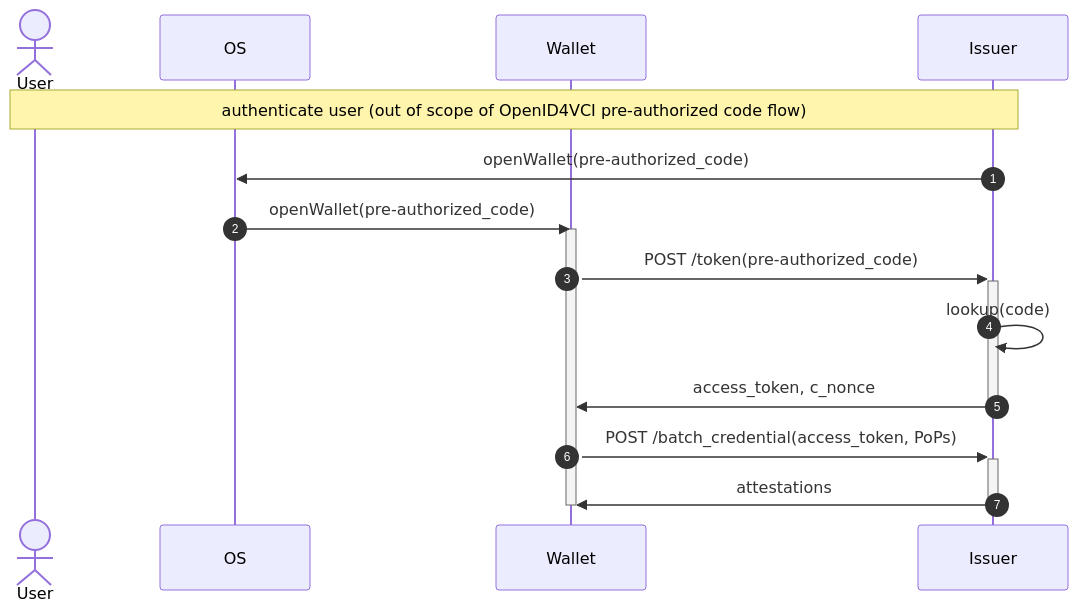
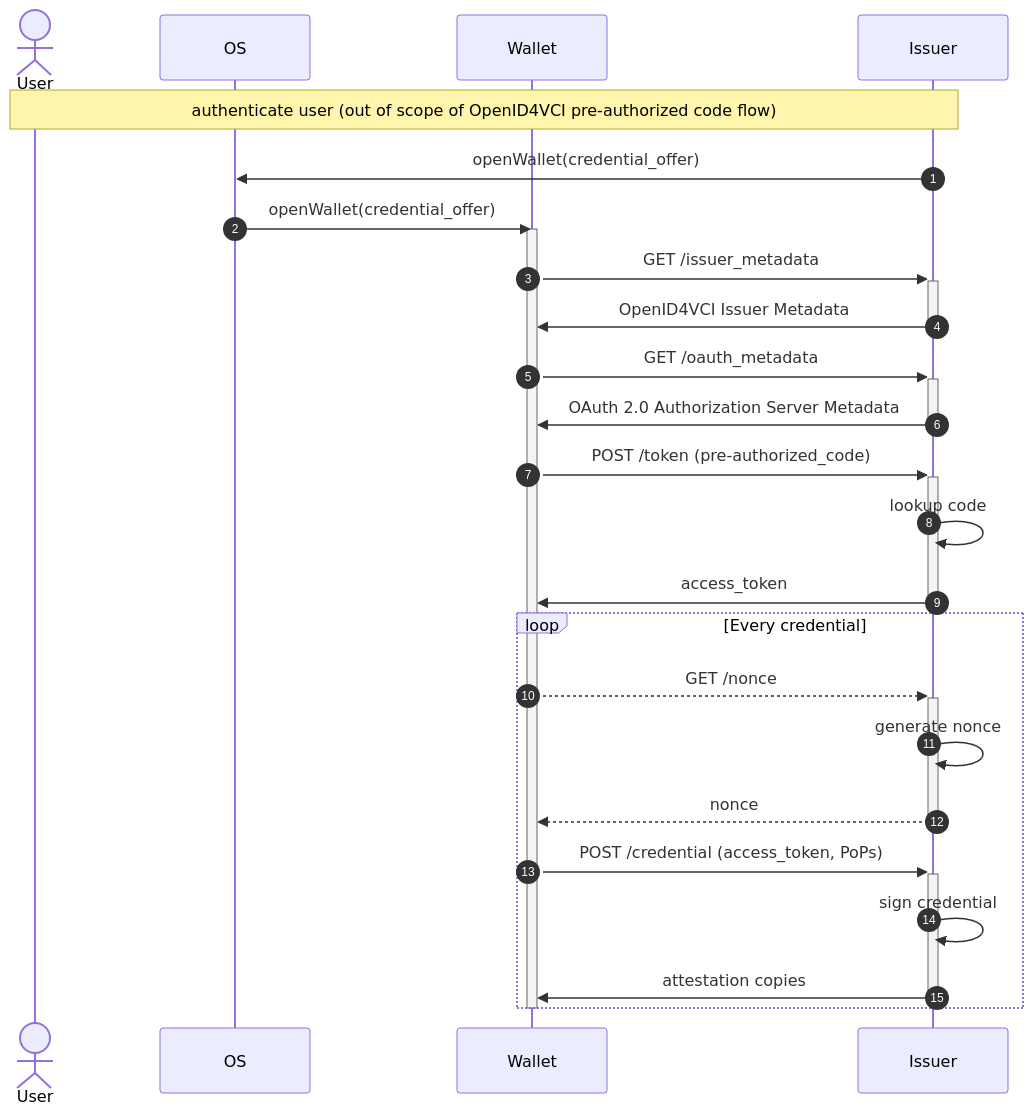
Before and after one commit to MinBZK/nl-wallet: the diagram in wallet_core/lib/openid4vc/documentation/openid4vci.md, drawn with Mermaid. The commit also changed other lines of this file, not shown here.

First line of the commit message:
Update openid4vci.md in openid4vc crate

````diff
--- a/wallet_core/lib/openid4vc/documentation/openid4vci.md
+++ b/wallet_core/lib/openid4vc/documentation/openid4vci.md
@@ -69,20 +80,34 @@
 ```mermaid
 sequenceDiagram
     autonumber
 
     actor User
     participant OS
     participant Wallet
     participant Issuer
 
     note over User, Issuer: authenticate user (out of scope of OpenID4VCI pre-authorized code flow)
-    Issuer->>OS: openWallet(pre-authorized_code)
-    OS->>Wallet: openWallet(pre-authorized_code)
+    Issuer->>OS: openWallet(credential_offer)
+    OS->>Wallet: openWallet(credential_offer)
     activate Wallet
-        Wallet->>+Issuer: POST /token(pre-authorized_code)
-        Issuer->>Issuer: lookup(code)
-        Issuer->>-Wallet: access_token, c_nonce
-        Wallet->>+Issuer: POST /batch_credential(access_token, PoPs)
-        Issuer->>-Wallet: attestations
+        Wallet->>+Issuer: GET /issuer_metadata
+        Issuer->>-Wallet: OpenID4VCI Issuer Metadata
+
+        Wallet->>+Issuer: GET /oauth_metadata
+        Issuer->>-Wallet: OAuth 2.0 Authorization Server Metadata
+
+        Wallet->>+Issuer: POST /token (pre-authorized_code)
+        Issuer->>Issuer: lookup code
+        Issuer->>-Wallet: access_token
+
+        loop Every credential
+            Wallet-->>+Issuer: GET /nonce
+            Issuer->>Issuer: generate nonce
+            Issuer-->>-Wallet: nonce
+
+            Wallet->>+Issuer: POST /credential (access_token, PoPs)
+            Issuer->>Issuer: sign credential
+            Issuer->>-Wallet: attestation copies
+        end
     deactivate Wallet
 ```
````
